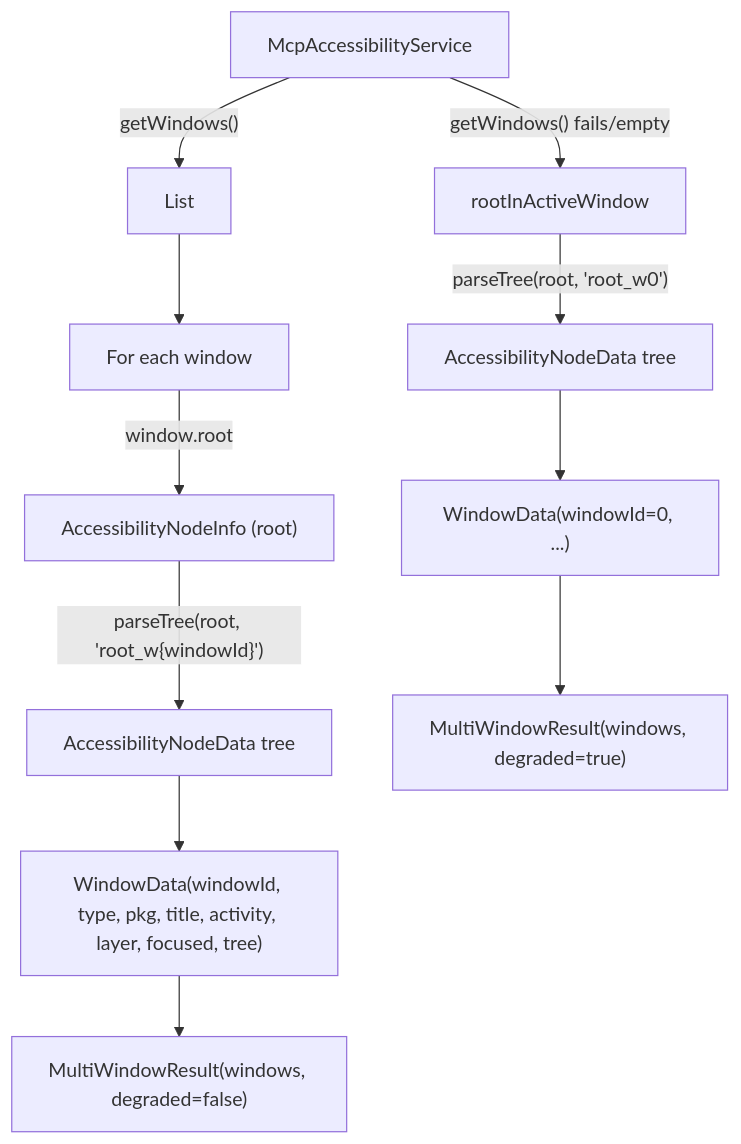
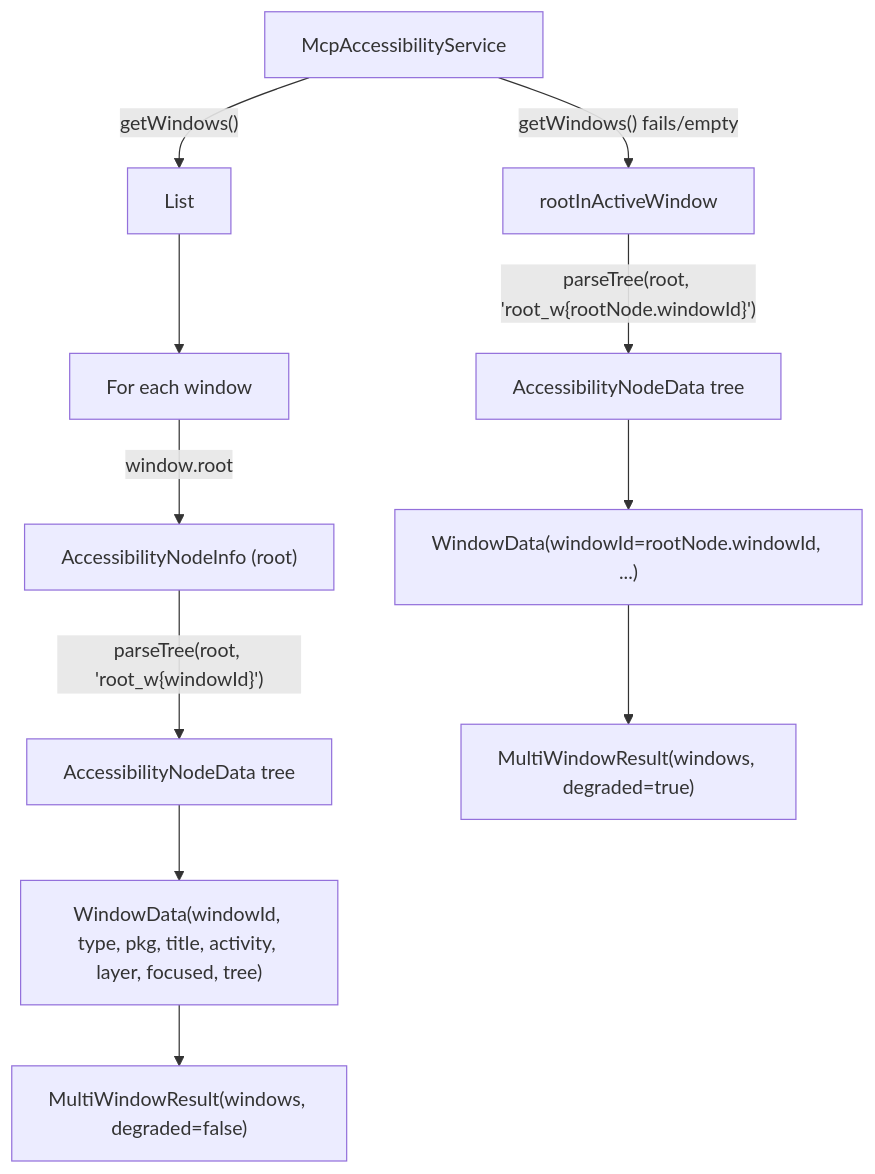
One commit to danielealbano/android-remote-control-mcp changed the fourth of 4 diagrams in docs/ARCHITECTURE.md. Above: the diagram before and after it, drawn with Mermaid. The commit also changed other lines of this file and 2 other files, not shown here.

````diff
--- a/docs/ARCHITECTURE.md
+++ b/docs/ARCHITECTURE.md
@@ -229,15 +229,15 @@
 ```mermaid
 flowchart TB
     Service["McpAccessibilityService"]
     Service -->|"getWindows()"| Windows["List<AccessibilityWindowInfo>"]
     Windows --> ForEach["For each window"]
     ForEach -->|"window.root"| Root["AccessibilityNodeInfo (root)"]
     Root -->|"parseTree(root, 'root_w{windowId}')"| Tree["AccessibilityNodeData tree"]
     Tree --> WD["WindowData(windowId, type, pkg, title, activity, layer, focused, tree)"]
     WD --> Result["MultiWindowResult(windows, degraded=false)"]
 
     Service -->|"getWindows() fails/empty"| Fallback["rootInActiveWindow"]
-    Fallback -->|"parseTree(root, 'root_w0')"| FallbackTree["AccessibilityNodeData tree"]
-    FallbackTree --> FallbackWD["WindowData(windowId=0, ...)"]
+    Fallback -->|"parseTree(root, 'root_w{rootNode.windowId}')"| FallbackTree["AccessibilityNodeData tree"]
+    FallbackTree --> FallbackWD["WindowData(windowId=rootNode.windowId, ...)"]
     FallbackWD --> DegradedResult["MultiWindowResult(windows, degraded=true)"]
 ```
````
